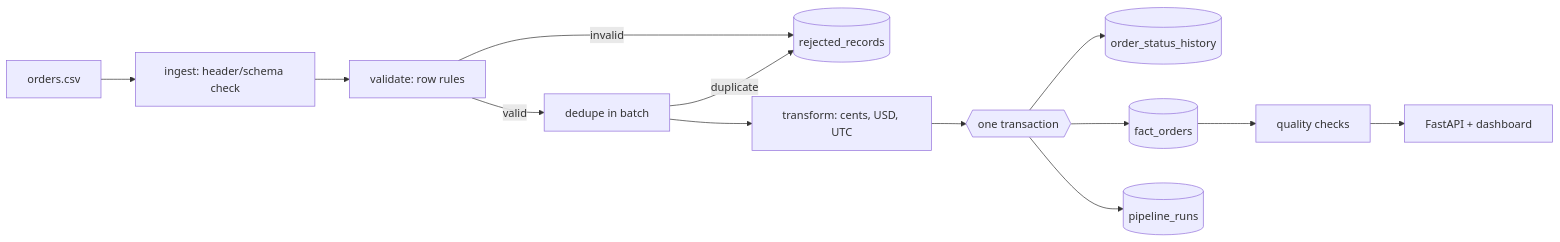
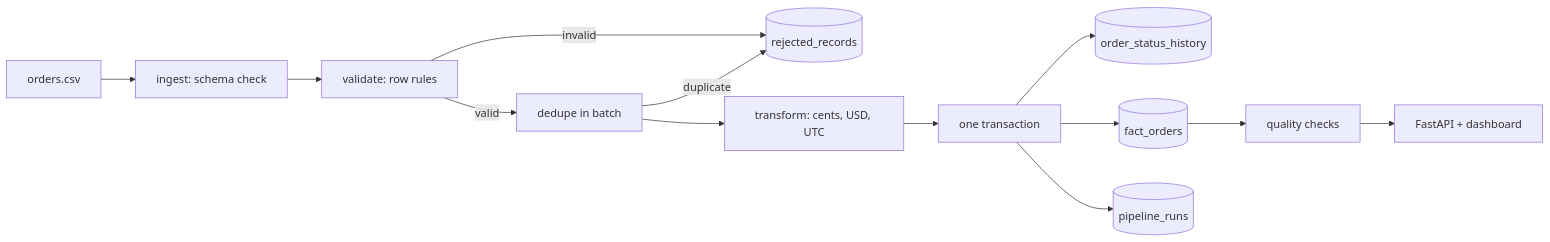
One commit to mirzamudassir1/orders-pipelines changed the diagram in README.md. Above: the diagram before and after it, drawn with Mermaid.

Commit message:
Fix mermaid diagram

````diff
--- a/README.md
+++ b/README.md
@@ -9,15 +9,15 @@
 ```mermaid
 flowchart LR
-  A[orders.csv] --> B[ingest: header/schema check]
-  B --> C[validate: row rules]
-  C -->|invalid| R[(rejected_records)]
-  C -->|valid| D[dedupe in batch]
+  A["orders.csv"] --> B["ingest: schema check"]
+  B --> C["validate: row rules"]
+  C -->|invalid| R[("rejected_records")]
+  C -->|valid| D["dedupe in batch"]
   D -->|duplicate| R
-  D --> E[transform: cents, USD, UTC]
-  E --> T{{one transaction}}
-  T --> H[(order_status_history)]
-  T --> F[(fact_orders)]
-  T --> P[(pipeline_runs)]
-  F --> Q[quality checks]
-  Q --> UI[FastAPI + dashboard]
+  D --> E["transform: cents, USD, UTC"]
+  E --> T["one transaction"]
+  T --> H[("order_status_history")]
+  T --> F[("fact_orders")]
+  T --> P[("pipeline_runs")]
+  F --> Q["quality checks"]
+  Q --> UI["FastAPI + dashboard"]
 ```
````
